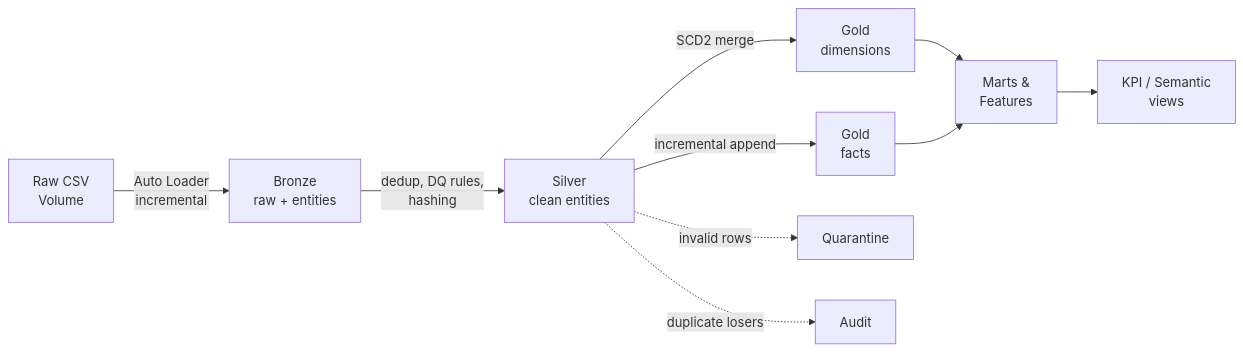
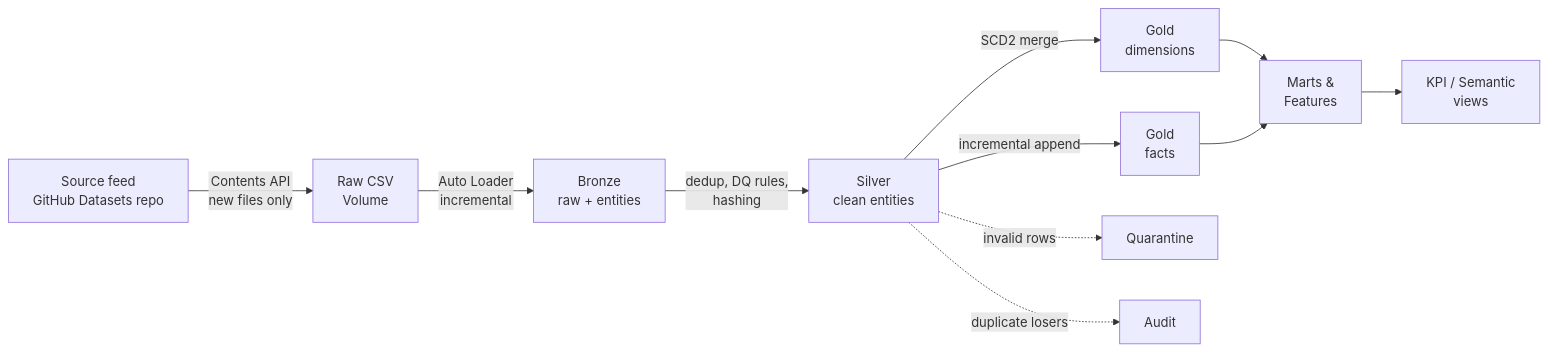
Before and after one commit to 111BM/databricks-lakehouse-platform: the diagram in README.md, drawn with Mermaid. The commit also changed other lines of this file, not shown here.

Commit message:
Document the source acquisition step in the architecture README
The architecture diagram started at the raw CSV volume, leaving out the task
that fills it. bronze_source_acquisition runs first in the DAG but appeared
nowhere in the README, so the repo could not answer where the data comes from
or how it lands.

Adds a source node to the flowchart, an Acquisition row to the layers table,
and a note in the Dataset section covering the 111BM/Datasets feed, the
per-environment source folders, and the set-difference idempotency.

````diff
--- a/README.md
+++ b/README.md
@@ -15,12 +15,13 @@
 ```mermaid
 flowchart LR
-    RAW[Raw CSV<br/>Volume] -->|Auto Loader<br/>incremental| B[Bronze<br/>raw + entities]
+    SRC[Source feed<br/>GitHub Datasets repo] -->|Contents API<br/>new files only| RAW[Raw CSV<br/>Volume]
+    RAW -->|Auto Loader<br/>incremental| B[Bronze<br/>raw + entities]
     B -->|dedup, DQ rules,<br/>hashing| S[Silver<br/>clean entities]
     S -->|SCD2 merge| GD[Gold<br/>dimensions]
     S -->|incremental append| GF[Gold<br/>facts]
     GD --> M[Marts &<br/>Features]
     GF --> M
     M --> K[KPI / Semantic<br/>views]
     S -.->|invalid rows| Q[Quarantine]
     S -.->|duplicate losers| A[Audit]
 ```
````
